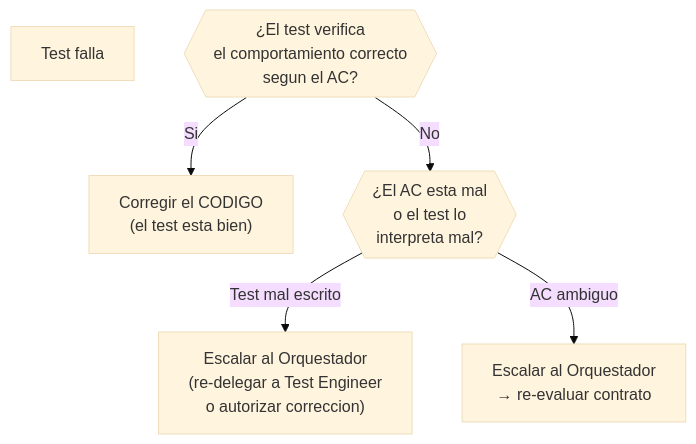
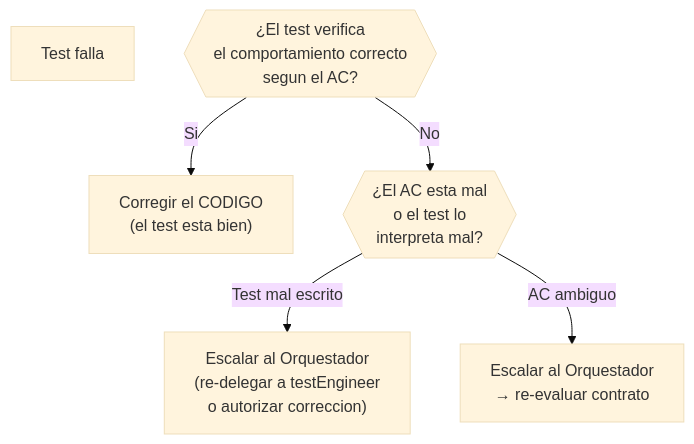
One commit to virgenherrera/idea-to-mvp changed the third of 3 diagrams in docs/execution/green.md. Above: the diagram before and after it, drawn with Mermaid (base theme). The commit also changed other lines of this file and 30 other files, not shown here.

````diff
--- a/docs/execution/green.md
+++ b/docs/execution/green.md
@@ -98,9 +112,9 @@
 ```mermaid
 flowchart TD
     FAIL["Test falla"]
     Q1{{"¿El test verifica\nel comportamiento correcto\nsegun el AC?"}}
     Q1 -->|"Si"| FIX_CODE["Corregir el CODIGO\n(el test esta bien)"]
     Q1 -->|"No"| Q2{{"¿El AC esta mal\no el test lo\ninterpreta mal?"}}
-    Q2 -->|"Test mal escrito"| FIX_TEST["Escalar al Orquestador\n(re-delegar a Test Engineer\no autorizar correccion)"]
+    Q2 -->|"Test mal escrito"| FIX_TEST["Escalar al Orquestador\n(re-delegar a testEngineer\no autorizar correccion)"]
     Q2 -->|"AC ambiguo"| ESCALATE["Escalar al Orquestador\n→ re-evaluar contrato"]
 ```
````
